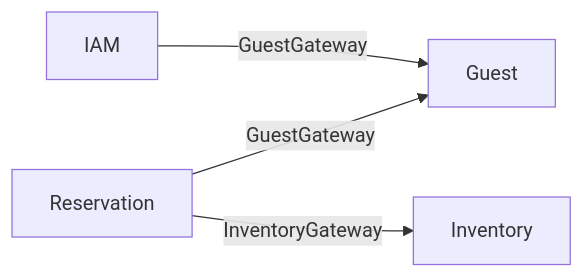
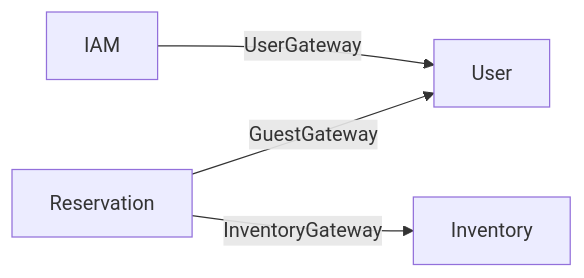
Before and after one commit to sahdoio/guesthub: the third of 4 diagrams in docs/event-storming.md, drawn with Mermaid. The commit also changed other lines of this file and 299 other files, not shown here.

Commit message:
feat: adding new UI, new flow, new db modeling, more new features

````diff
--- a/docs/event-storming.md
+++ b/docs/event-storming.md
@@ -409,6 +436,6 @@
 ```mermaid
 graph LR
-    IAM -- GuestGateway --> Guest
-    Reservation -- GuestGateway --> Guest
+    IAM -- UserGateway --> User
+    Reservation -- GuestGateway --> User
     Reservation -- InventoryGateway --> Inventory
 ```
````
